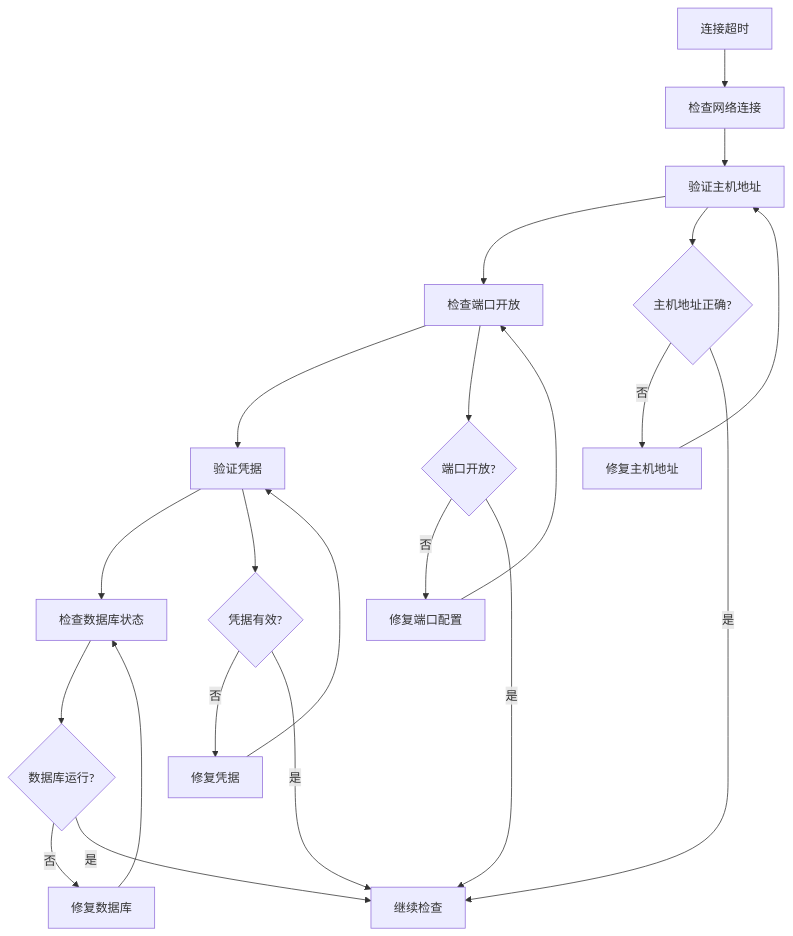
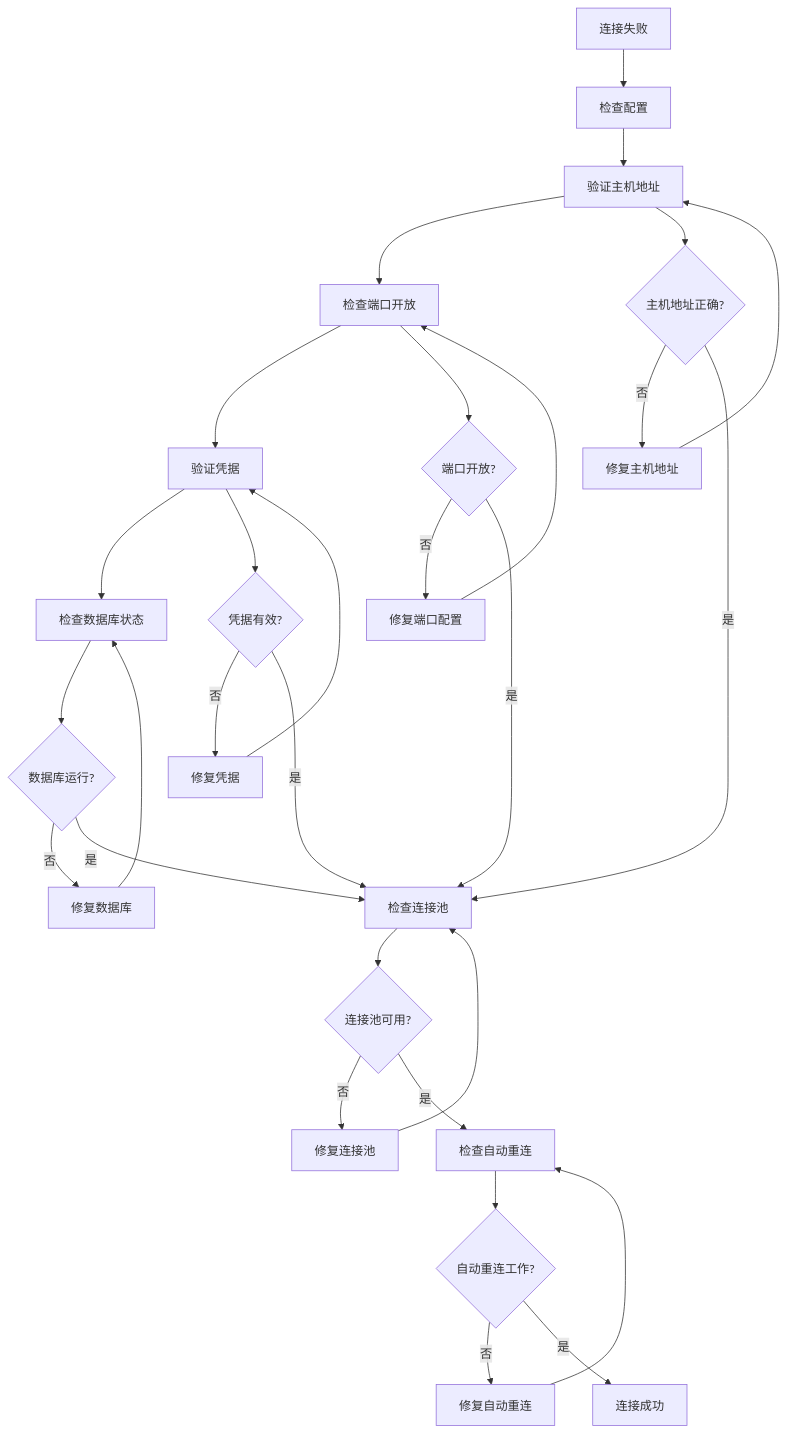
Before and after one commit to liximing1-ola/qa-payTest: diagram 15 of 16 in .qoder/repowiki/zh/content/数据库管理/MySQL连接管理.md, drawn with Mermaid. The commit also changed other lines of this file and 6 other files, not shown here.

````diff
--- a/.qoder/repowiki/zh/content/数据库管理/MySQL连接管理.md
+++ b/.qoder/repowiki/zh/content/数据库管理/MySQL连接管理.md
@@ -556,24 +584,32 @@
 ```mermaid
 flowchart TD
-Timeout[连接超时] --> CheckNetwork[检查网络连接]
-CheckNetwork --> VerifyHost[验证主机地址]
+ConnectionFail[连接失败] --> CheckConfig[检查配置]
+CheckConfig --> VerifyHost[验证主机地址]
 VerifyHost --> CheckPort[检查端口开放]
 CheckPort --> VerifyCredentials[验证凭据]
 VerifyCredentials --> CheckDBStatus[检查数据库状态]
 VerifyHost --> HostCorrect{主机地址正确?}
 CheckPort --> PortOpen{端口开放?}
 VerifyCredentials --> CredentialsValid{凭据有效?}
 CheckDBStatus --> DBRunning{数据库运行?}
 HostCorrect --> |否| FixHost[修复主机地址]
 PortOpen --> |否| FixPort[修复端口配置]
 CredentialsValid --> |否| FixCredentials[修复凭据]
 DBRunning --> |否| FixDB[修复数据库]
-HostCorrect --> |是| NextStep[继续检查]
-PortOpen --> |是| NextStep
-CredentialsValid --> |是| NextStep
-DBRunning --> |是| NextStep
+HostCorrect --> |是| CheckPool[检查连接池]
+PortOpen --> |是| CheckPool
+CredentialsValid --> |是| CheckPool
+DBRunning --> |是| CheckPool
 FixHost --> VerifyHost
 FixPort --> CheckPort
 FixCredentials --> VerifyCredentials
 FixDB --> CheckDBStatus
+CheckPool --> PoolAvailable{连接池可用?}
+PoolAvailable --> |否| FixPool[修复连接池]
+PoolAvailable --> |是| CheckReconnect[检查自动重连]
+FixPool --> CheckPool
+CheckReconnect --> ReconnectWorking{自动重连工作?}
+ReconnectWorking --> |否| FixReconnect[修复自动重连]
+ReconnectWorking --> |是| Success[连接成功]
+FixReconnect --> CheckReconnect
 ```
````
